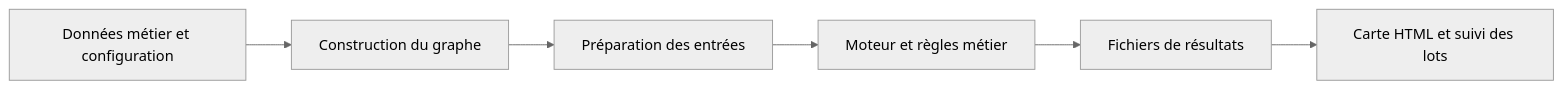
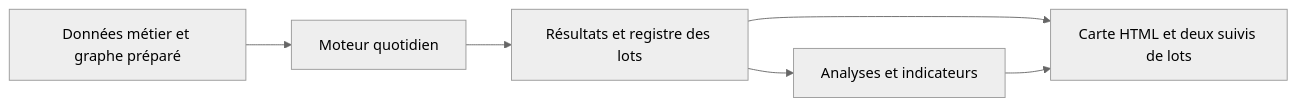
The diagram in etudecas/README.md (yannicktoolexplo/lca-simu), drawn with Mermaid (neutral theme) before and after one commit. The commit also changed other lines of this file and 679 other files, not shown here.

````diff
--- a/etudecas/README.md
+++ b/etudecas/README.md
@@ -24,8 +70,8 @@
 ```mermaid
 flowchart LR
-    A["Données métier et configuration"] --> B["Construction du graphe"]
-    B --> C["Préparation des entrées"]
-    C --> D["Moteur et règles métier"]
-    D --> E["Fichiers de résultats"]
-    E --> F["Carte HTML et suivi des lots"]
+    A[Données métier et graphe préparé] --> B[Moteur quotidien]
+    B --> C[Résultats et registre des lots]
+    C --> D[Analyses et indicateurs]
+    C --> E[Carte HTML et deux suivis de lots]
+    D --> E
 ```
````
